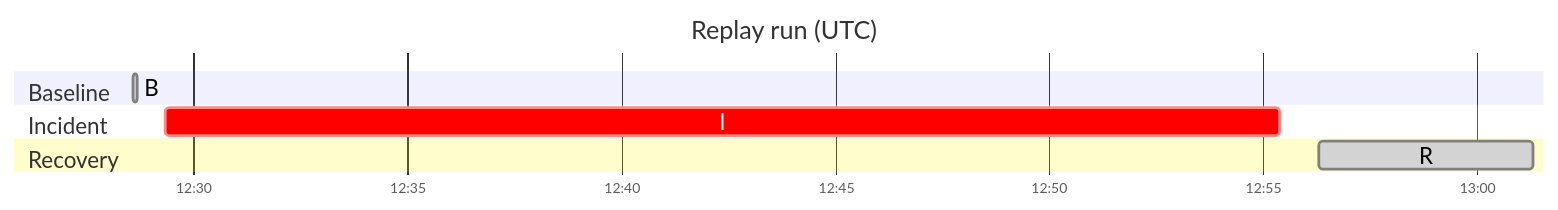
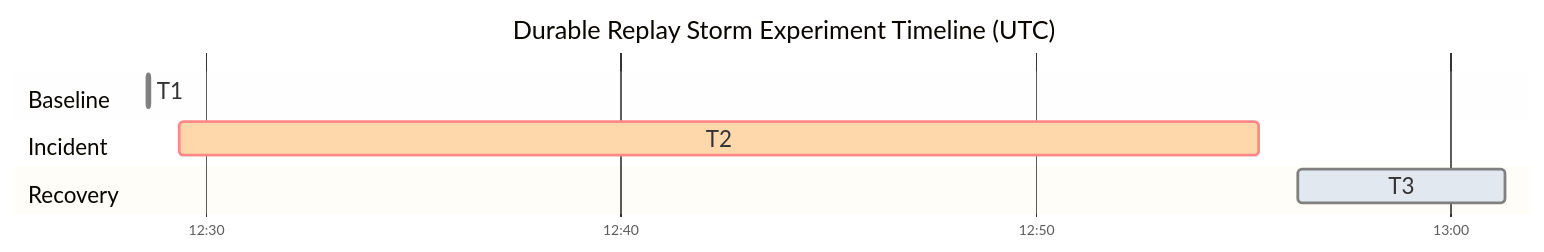
Before and after one commit to yeongseon/azure-functions-practical-guide: the third of 6 diagrams in docs/troubleshooting/lab-guides/durable-replay-storm.md, drawn with Mermaid. The commit also changed other lines of this file and 1 other file, not shown here.

First line of the commit message:
docs(diagrams): improve replay timeline legibility in both palettes

````diff
--- a/docs/troubleshooting/lab-guides/durable-replay-storm.md
+++ b/docs/troubleshooting/lab-guides/durable-replay-storm.md
@@ -250,15 +250,16 @@
 ```mermaid
-%%{init: {"gantt": {"fontSize": 16, "sectionFontSize": 16, "leftPadding": 85, "rightPadding": 15}}}%%
+%%{init: {"gantt":{"fontSize":16,"sectionFontSize":16,"leftPadding":95,"rightPadding":35,"barHeight":24,"barGap":10},"theme":"base","themeVariables":{"doneTaskBkgColor":"#e2e8f0","critBkgColor":"#fed7aa","taskBkgColor":"#e2e8f0"},"themeCSS":".grid .tick text{font-size:16px;fill:var(--md-default-fg-color);} .section{opacity:0;} .titleText{font-size:14px;fill:var(--md-default-fg-color);} .sectionTitle{fill:var(--md-default-fg-color);} .taskTextOutsideLeft,.taskTextOutsideRight{fill:var(--md-default-fg-color)!important;} .taskText{fill:#14202e!important;}"}}%%
 gantt
     accTitle: Recorded three-phase run timeline
-    accDescr: Historical UTC baseline, incident, and recovery bars retain their original start times and approximate durations. B, I, and R refer to the adjacent workload key; this is not evidence of a new run.
-    title Replay run (UTC)
+    accDescr: Historical UTC baseline, incident, and recovery bars retain their original start times and approximate durations. T1, T2, and T3 refer to the adjacent workload key; this is not evidence of a new run.
+    title Durable Replay Storm Experiment Timeline (UTC)
     dateFormat  HH:mm:ss
     axisFormat  %H:%M
+    tickInterval 10minute
     section Baseline
-    B :done, b1, 12:28:36, 5s
+    T1 :done, b1, 12:28:36, 5s
     section Incident
-    I :crit, i1, 12:29:22, 26m
+    T2 :crit, i1, 12:29:22, 26m
     section Recovery
-    R :done, r1, 12:56:18, 5m
+    T3 :done, r1, 12:56:18, 5m
 ```
````
